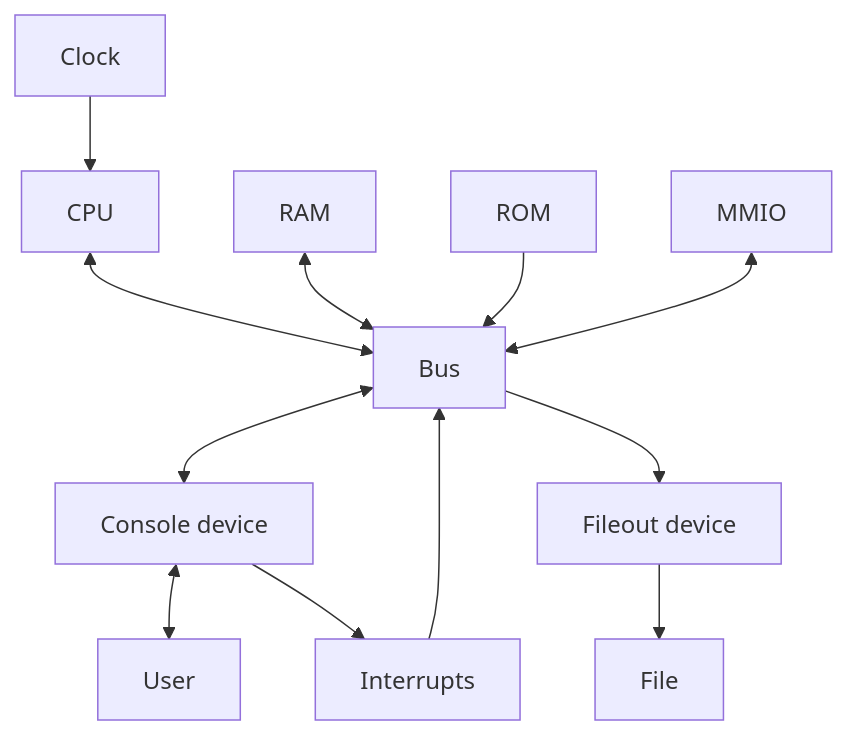
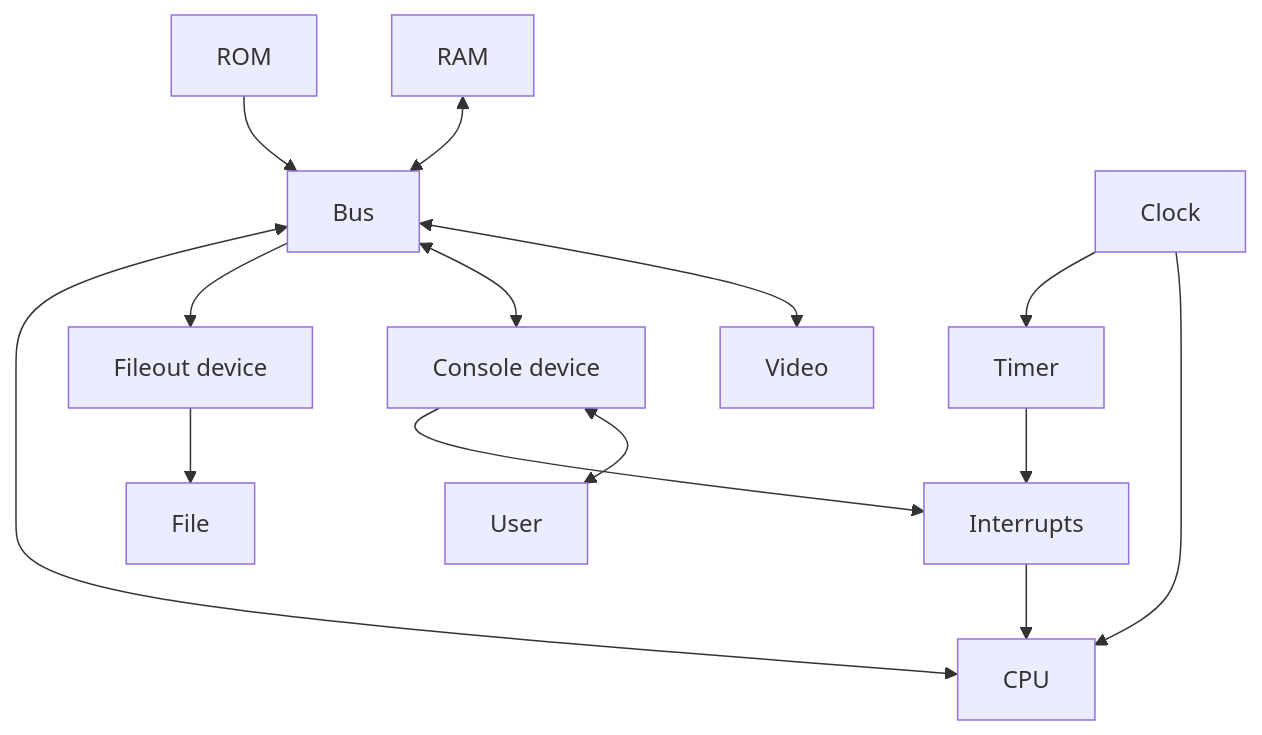
One commit to maci0/uhc changed the diagram in emulator/README.md. Above: the diagram before and after it, drawn with Mermaid. The commit also changed 3 other files, not shown here.

````diff
--- a/emulator/README.md
+++ b/emulator/README.md
@@ -7,29 +7,30 @@
 ```mermaid
 graph TD
 
 A[Bus]
 B[CPU]
 D[RAM]
 E[ROM]
-F[MMIO]
+F[Video]
 G[Interrupts]
 H[Clock]
 I[Console device]
 J[Fileout device]
 K[File]
 L[User]
+M[Timer]
 
+A <--> F
 B <--> A
 D <--> A
 E --> A
-F <--> A
-G -->  A
+G -->  B
 H --> B
 A <--> I <--> L
 A --> J --> K
 I --> G
-
+H --> M --> G
 
 
 
 ```
````
